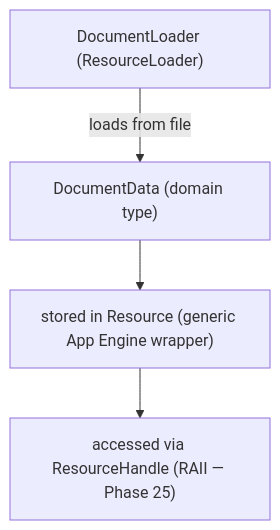
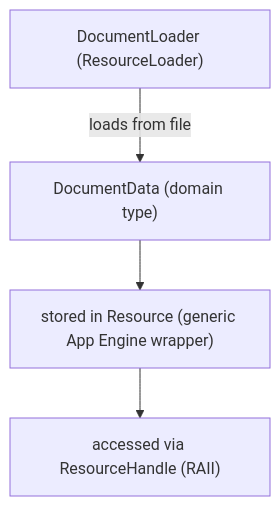
Before and after one commit to Unique-Digital-Resources/AppShell: the seventh of 8 diagrams in md_docs/app_engine_docs/09-domain-engine-integration.md, drawn with Mermaid. The commit also changed other lines of this file and 34 other files, not shown here.

````diff
--- a/md_docs/app_engine_docs/09-domain-engine-integration.md
+++ b/md_docs/app_engine_docs/09-domain-engine-integration.md
@@ -411,6 +411,6 @@
 ```mermaid
 flowchart TD
     A["DocumentLoader (ResourceLoader)"] -->|"loads from file"| B["DocumentData (domain type)"]
     B --> C["stored in Resource (generic App Engine wrapper)"]
-    C --> D["accessed via ResourceHandle (RAII — Phase 25)"]
+    C --> D["accessed via ResourceHandle (RAII)"]
 ```
````
